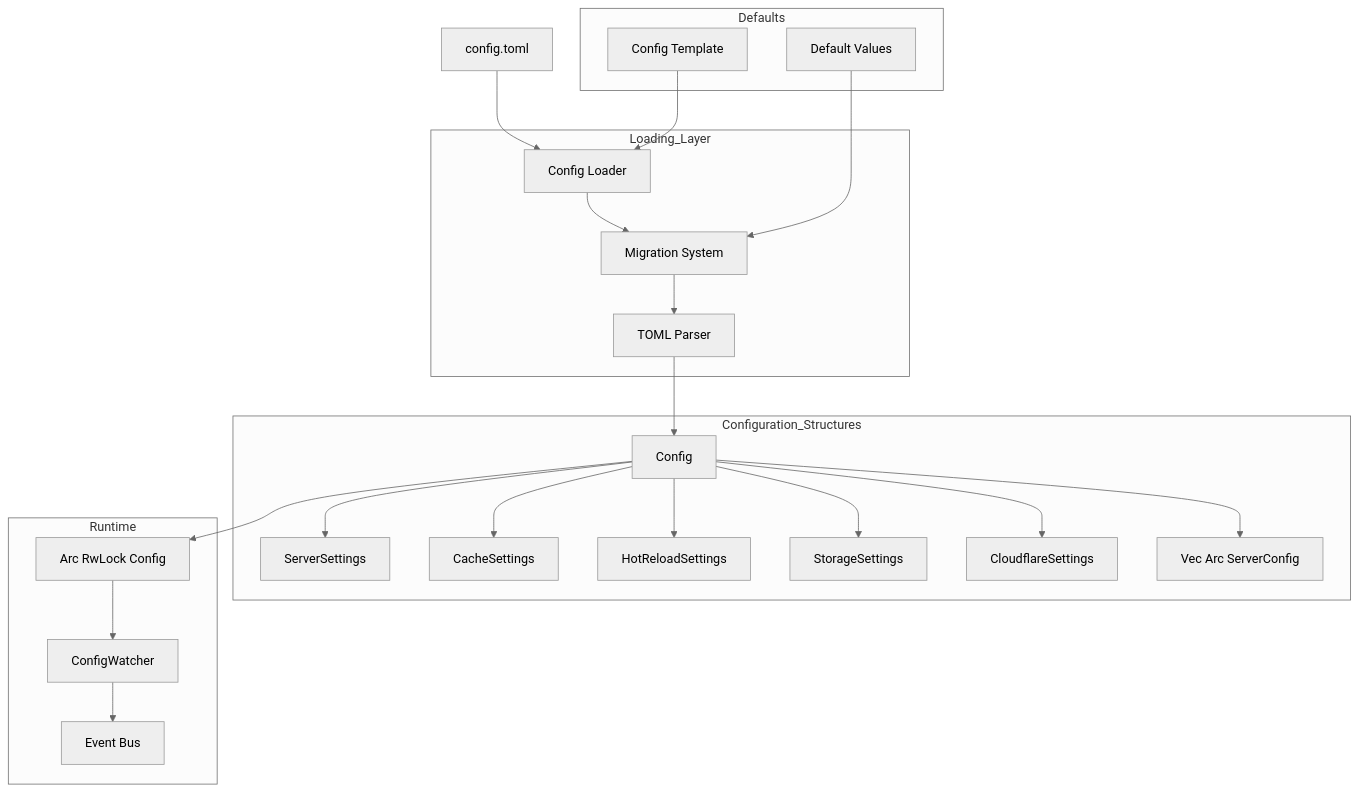
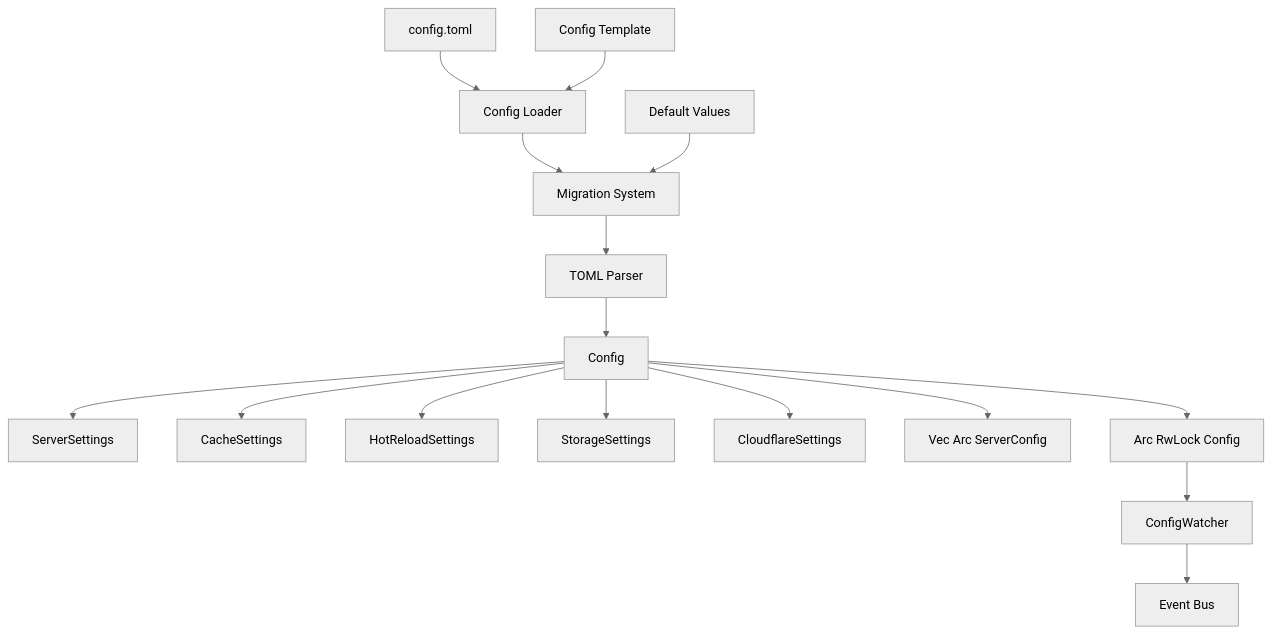
The first of 7 diagrams in crates/config/docs/architecture.md (Lighty-Launcher/LightyUpdater), drawn with Mermaid (neutral theme) before and after one commit. The commit also changed other lines of this file and 33 other files, not shown here.

Commit message:
improve docs with mermaid implémentation for gitbook

````diff
--- a/crates/config/docs/architecture.md
+++ b/crates/config/docs/architecture.md
@@ -9,48 +9,21 @@
 ```mermaid
-graph TB
-    subgraph Loading_Layer
-        Loader[Config Loader]
-        Migration[Migration System]
-        Parser[TOML Parser]
-    end
+flowchart TB
+    File[config.toml] --> Loader[Config Loader]
+    Loader --> Migration[Migration System]
+    Migration --> Parser[TOML Parser]
+    Parser --> Config[Config]
 
-    subgraph Configuration_Structures
-        Config[Config]
-        Server[ServerSettings]
-        Cache[CacheSettings]
-        HotReload[HotReloadSettings]
-        Storage[StorageSettings]
-        CF[CloudflareSettings]
-        Servers[Vec Arc ServerConfig]
-    end
+    Config --> Server[ServerSettings]
+    Config --> Cache[CacheSettings]
+    Config --> HotReload[HotReloadSettings]
+    Config --> Storage[StorageSettings]
+    Config --> CF[CloudflareSettings]
+    Config --> Servers[Vec Arc ServerConfig]
 
-    subgraph Defaults
-        DefaultValues[Default Values]
-        Template[Config Template]
-    end
+    DefaultValues[Default Values] --> Migration
+    Template[Config Template] --> Loader
 
-    subgraph Runtime
-        RwLock[Arc RwLock Config]
-        Watcher[ConfigWatcher]
-        Events[Event Bus]
-    end
-
-    File[config.toml] --> Loader
-    Loader --> Migration
-    Migration --> Parser
-    Parser --> Config
-
-    Config --> Server
-    Config --> Cache
-    Config --> HotReload
-    Config --> Storage
-    Config --> CF
-    Config --> Servers
-
-    DefaultValues --> Migration
-    Template --> Loader
-
-    Config --> RwLock
-    RwLock --> Watcher
-    Watcher --> Events
+    Config --> RwLock[Arc RwLock Config]
+    RwLock --> Watcher[ConfigWatcher]
+    Watcher --> Events[Event Bus]
 ```
````
